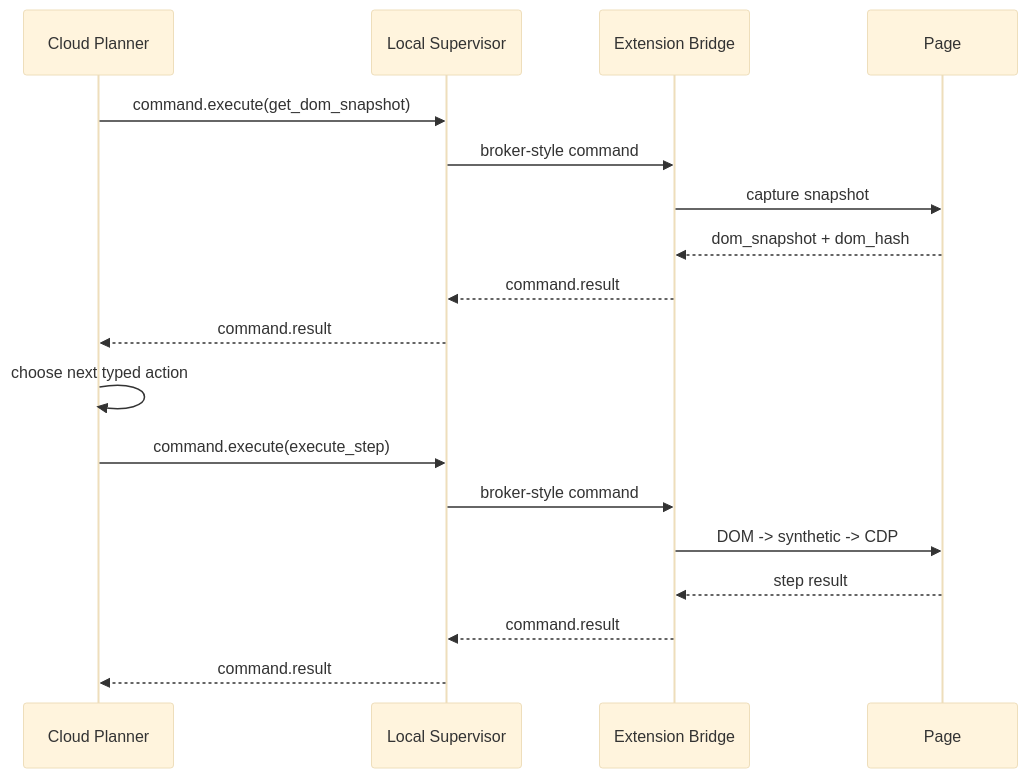
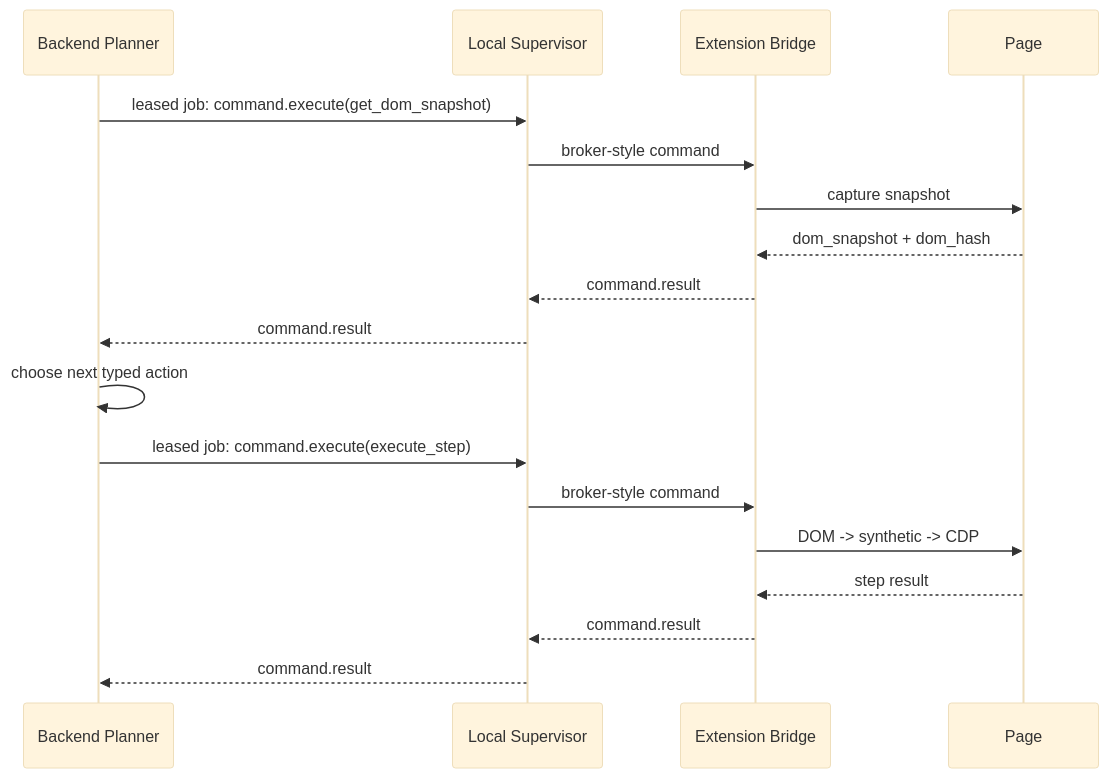
Before and after one commit to srv1n/rzn-browser: the fourth of 5 diagrams in docs/features/cloud_control_plane/README.md, drawn with Mermaid (base theme). The commit also changed other lines of this file and 250 other files, not shown here.

Commit message:
new supervisor architecture

````diff
--- a/docs/features/cloud_control_plane/README.md
+++ b/docs/features/cloud_control_plane/README.md
@@ -59,21 +79,21 @@
 ```mermaid
 sequenceDiagram
-  participant C as Cloud Planner
+  participant C as Backend Planner
   participant S as Local Supervisor
   participant B as Extension Bridge
   participant P as Page
 
-  C->>S: command.execute(get_dom_snapshot)
+  C->>S: leased job: command.execute(get_dom_snapshot)
   S->>B: broker-style command
   B->>P: capture snapshot
   P-->>B: dom_snapshot + dom_hash
   B-->>S: command.result
   S-->>C: command.result
   C->>C: choose next typed action
-  C->>S: command.execute(execute_step)
+  C->>S: leased job: command.execute(execute_step)
   S->>B: broker-style command
   B->>P: DOM -> synthetic -> CDP
   P-->>B: step result
   B-->>S: command.result
   S-->>C: command.result
 ```
````
